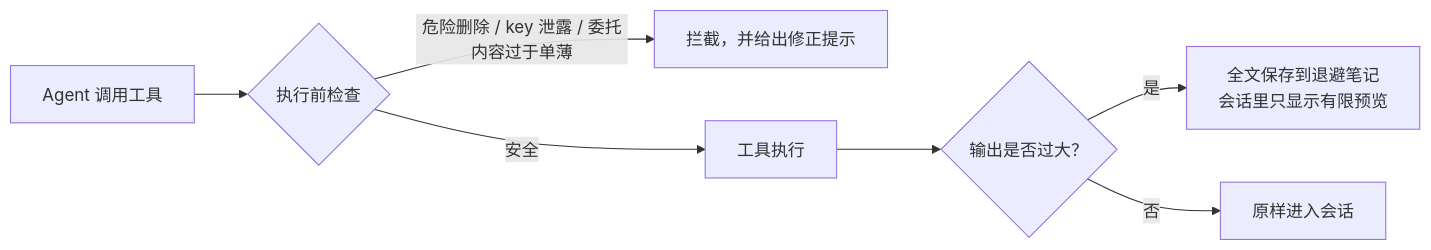
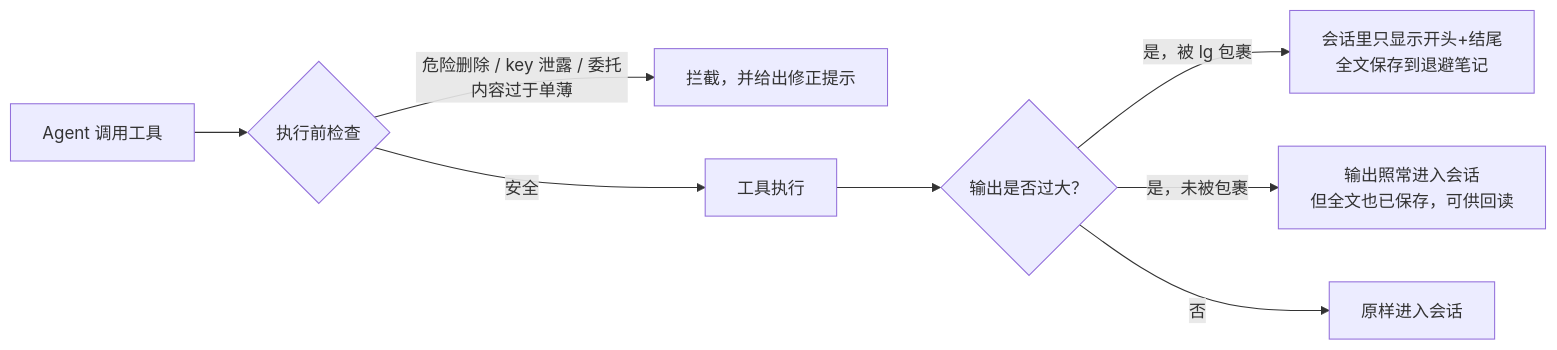
The diagram in README.zh.md (caty-ai/context-kit), drawn with Mermaid before and after one commit. The commit also changed other lines of this file and 7 other files, not shown here.

````diff
--- a/README.zh.md
+++ b/README.zh.md
@@ -57,9 +57,10 @@
 ```mermaid
 flowchart LR
     A[Agent 调用工具] --> B{执行前检查}
     B -->|危险删除 / key 泄露 / 委托内容过于单薄| X[拦截，并给出修正提示]
     B -->|安全| C[工具执行]
     C --> D{输出是否过大？}
-    D -->|是| E[全文保存到退避笔记<br>会话里只显示有限预览]
+    D -->|是，被 lg 包裹| E[会话里只显示开头+结尾<br>全文保存到退避笔记]
+    D -->|是，未被包裹| G[输出照常进入会话<br>但全文也已保存，可供回读]
     D -->|否| F[原样进入会话]
 ```
````
